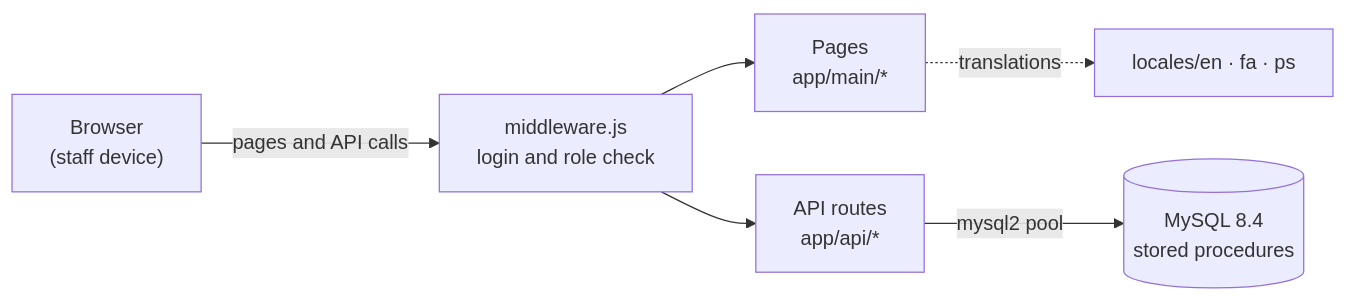
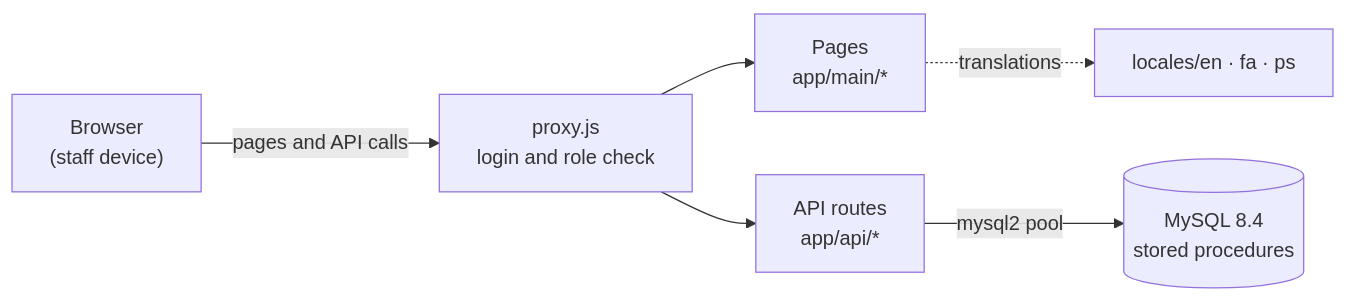
One commit to Akhlaqi-Hussain/RMS changed the diagram in README.md. Above: the diagram before and after it, drawn with Mermaid. The commit also changed other lines of this file and 2 other files, not shown here.

First line of the commit message:
TEST-5, LIC-1, DOC-2: API test in repo (npm run test:api), proprietary licence, README

````diff
--- a/README.md
+++ b/README.md
@@ -91,8 +94,8 @@
 ```mermaid
 flowchart LR
-    B["Browser<br/>(staff device)"] -->|pages and API calls| M["middleware.js<br/>login and role check"]
+    B["Browser<br/>(staff device)"] -->|pages and API calls| M["proxy.js<br/>login and role check"]
     M --> P["Pages<br/>app/main/*"]
     M --> A["API routes<br/>app/api/*"]
     A -->|mysql2 pool| D[("MySQL 8.4<br/>stored procedures")]
     P -.->|translations| L["locales/en · fa · ps"]
 ```
````
